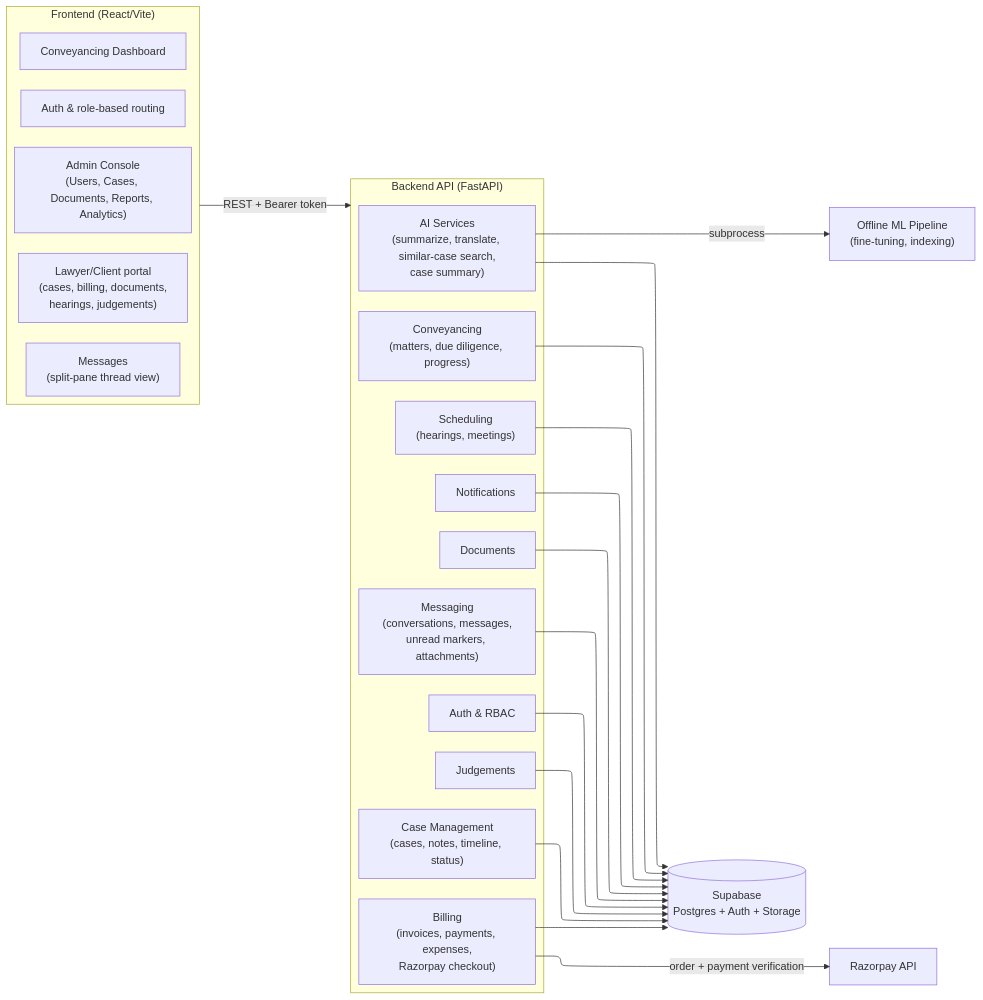
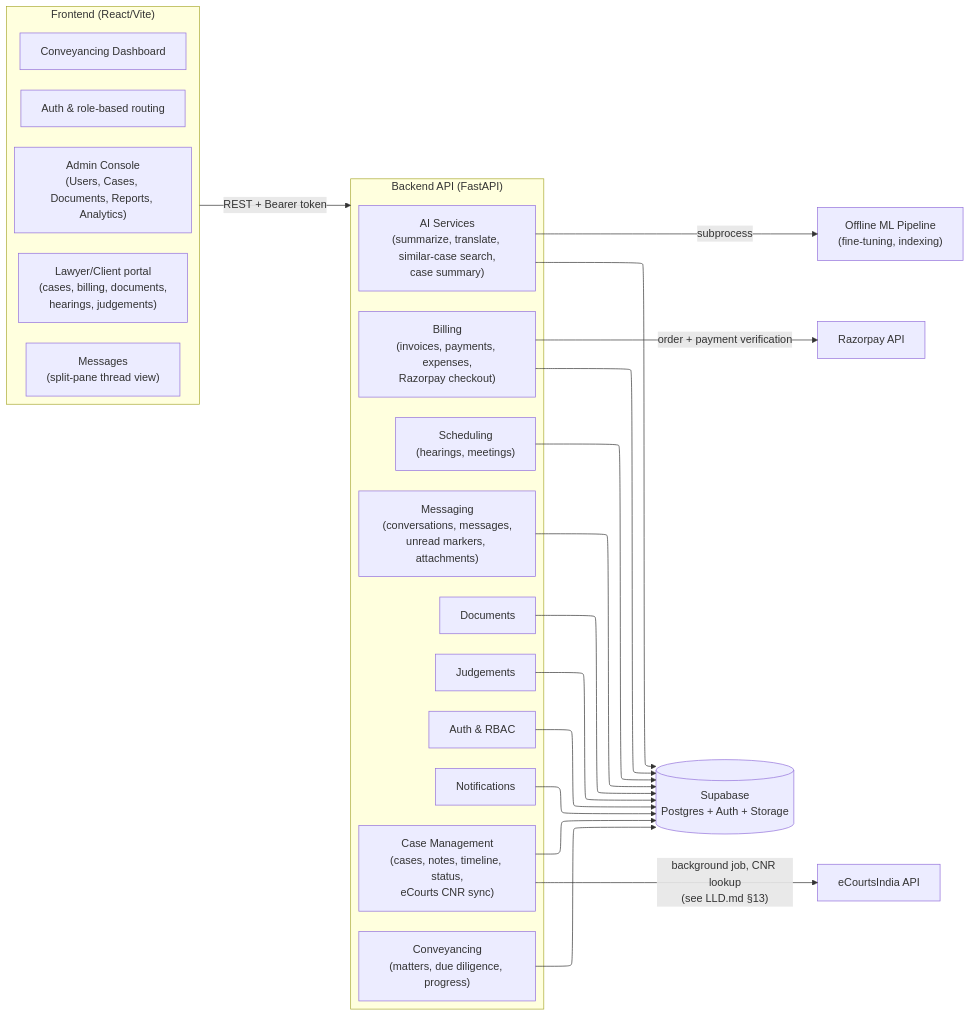
Before and after one commit to eyeofshreyas/BE-Project: the second of 5 diagrams in docs/HLD.md, drawn with Mermaid. The commit also changed other lines of this file and 1 other file, not shown here.

First line of the commit message:
Add eCourts sync to HLD/LLD — it was undocumented since it landed

````diff
--- a/docs/HLD.md
+++ b/docs/HLD.md
@@ -35,45 +37,47 @@
 ```mermaid
 ---
 config:
   layout: elk
 ---
 graph LR
     subgraph FE["Frontend (React/Vite)"]
         Auth_FE["Auth & role-based routing"]
         AdminConsole["Admin Console\n(Users, Cases, Documents, Reports, Analytics)"]
         Conveyancing_FE["Conveyancing Dashboard"]
         Staff_FE["Lawyer/Client portal\n(cases, billing, documents,\nhearings, judgements)"]
         Messages_FE["Messages\n(split-pane thread view)"]
     end
 
     subgraph BE["Backend API (FastAPI)"]
         AuthRBAC["Auth & RBAC"]
-        CaseMgmt["Case Management\n(cases, notes, timeline, status)"]
+        CaseMgmt["Case Management\n(cases, notes, timeline, status,\neCourts CNR sync)"]
         Scheduling["Scheduling\n(hearings, meetings)"]
         BillingSvc["Billing\n(invoices, payments, expenses,\nRazorpay checkout)"]
         ConvSvc["Conveyancing\n(matters, due diligence, progress)"]
         DocSvc["Documents"]
         JudgeSvc["Judgements"]
         MsgSvc["Messaging\n(conversations, messages,\nunread markers, attachments)"]
         NotifSvc["Notifications"]
         AISvc["AI Services\n(summarize, translate, similar-case search,\ncase summary)"]
     end
 
     DB[("Supabase\nPostgres + Auth + Storage")]
     MLPipeline["Offline ML Pipeline\n(fine-tuning, indexing)"]
     Razorpay["Razorpay API"]
+    ECourts["eCourtsIndia API"]
 
     FE -->|REST + Bearer token| BE
     AuthRBAC --> DB
     CaseMgmt --> DB
+    CaseMgmt -->|"background job, CNR lookup\n(see LLD.md §13)"| ECourts
     Scheduling --> DB
     BillingSvc --> DB
     BillingSvc -->|order + payment verification| Razorpay
     ConvSvc --> DB
     DocSvc --> DB
     JudgeSvc --> DB
     MsgSvc --> DB
     NotifSvc --> DB
     AISvc -->|subprocess| MLPipeline
     AISvc --> DB
 ```
````
